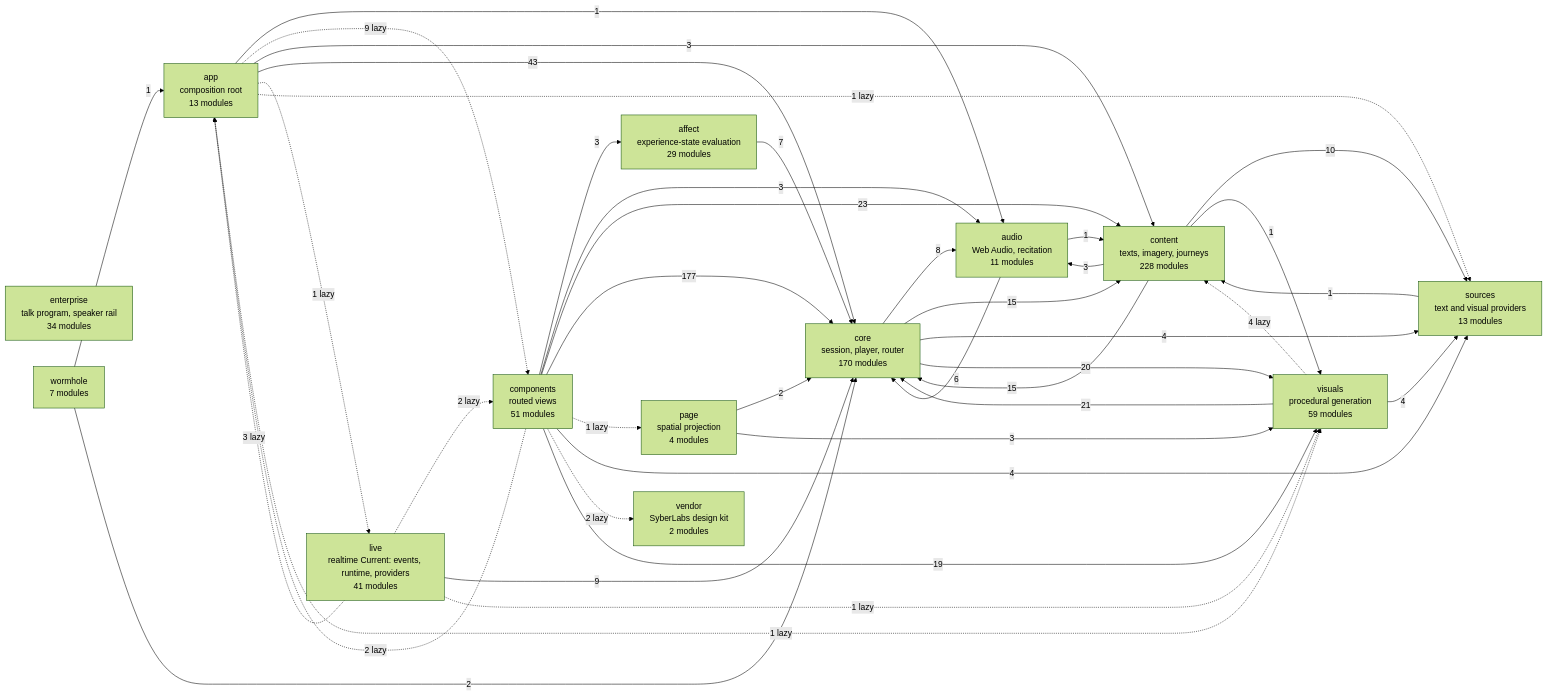
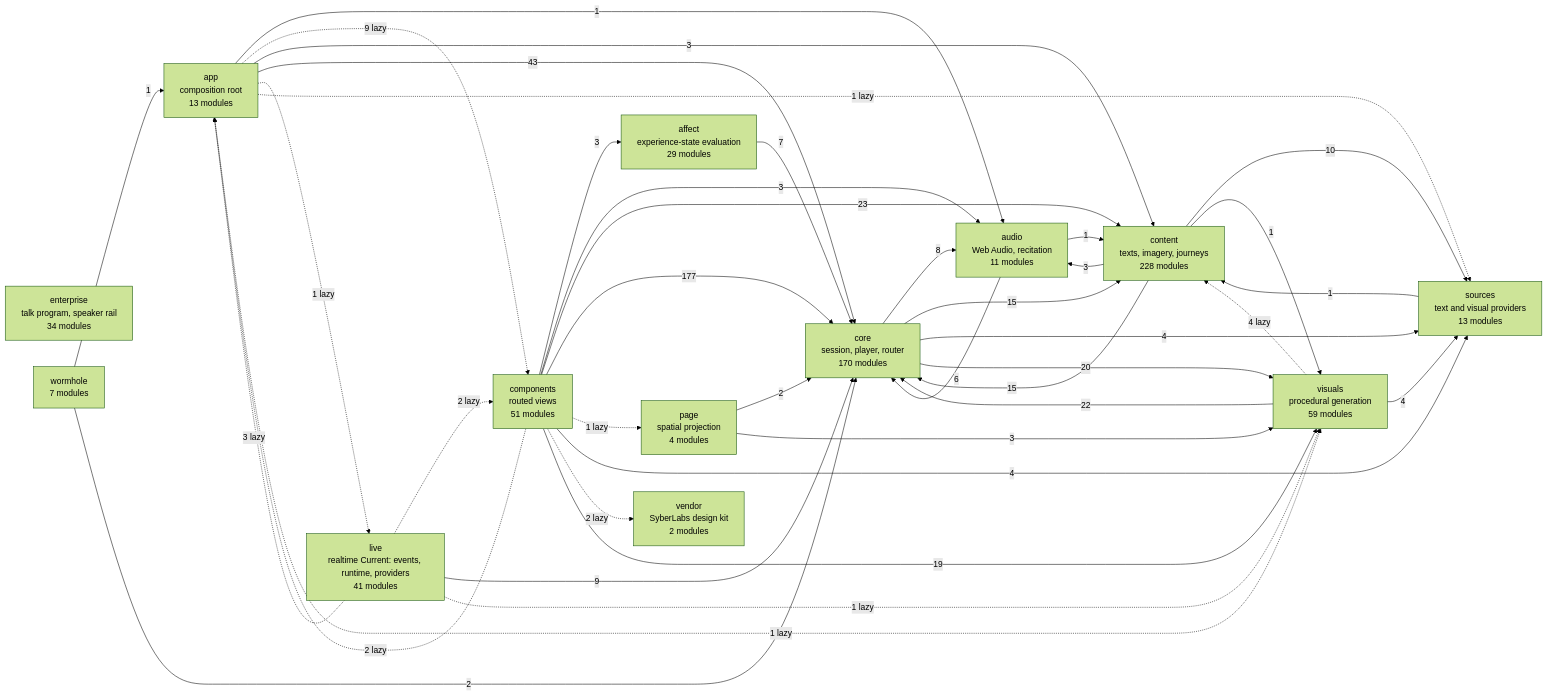
The diagram in docs/specs/ARCHITECTURE.md (SyberLabs/RISE), drawn with Mermaid (forest theme) before and after one commit.

Commit message:
Regenerate the architecture diagram for the cortex's theme import

````diff
--- a/docs/specs/ARCHITECTURE.md
+++ b/docs/specs/ARCHITECTURE.md
@@ -154,56 +154,56 @@
 ```mermaid
 flowchart LR
     affect["affect<br/>experience-state evaluation<br/>29 modules"]
     app["app<br/>composition root<br/>13 modules"]
     audio["audio<br/>Web Audio, recitation<br/>11 modules"]
     components["components<br/>routed views<br/>51 modules"]
     content["content<br/>texts, imagery, journeys<br/>228 modules"]
     core["core<br/>session, player, router<br/>170 modules"]
     enterprise["enterprise<br/>talk program, speaker rail<br/>34 modules"]
     live["live<br/>realtime Current: events, runtime, providers<br/>41 modules"]
     page["page<br/>spatial projection<br/>4 modules"]
     sources["sources<br/>text and visual providers<br/>13 modules"]
     vendor["vendor<br/>SyberLabs design kit<br/>2 modules"]
     visuals["visuals<br/>procedural generation<br/>59 modules"]
     wormhole["wormhole<br/>7 modules"]
 
     affect --> |7| core
     app --> |1| audio
     app -.-> |9 lazy| components
     app --> |3| content
     app --> |43| core
     app -.-> |1 lazy| live
     app -.-> |1 lazy| sources
     app -.-> |1 lazy| visuals
     audio --> |1| content
     audio --> |6| core
     components --> |3| affect
     components -.-> |2 lazy| app
     components --> |3| audio
     components --> |23| content
     components --> |177| core
     components -.-> |1 lazy| page
     components --> |4| sources
     components -.-> |2 lazy| vendor
     components --> |19| visuals
     content --> |3| audio
     content --> |15| core
     content --> |10| sources
     content --> |1| visuals
     core --> |8| audio
     core --> |15| content
     core --> |4| sources
     core --> |20| visuals
     live -.-> |3 lazy| app
     live -.-> |2 lazy| components
     live --> |9| core
     live -.-> |1 lazy| visuals
     page --> |2| core
     page --> |3| visuals
     sources --> |1| content
     visuals -.-> |4 lazy| content
-    visuals --> |21| core
+    visuals --> |22| core
     visuals --> |4| sources
     wormhole --> |1| app
     wormhole --> |2| core
 ```
````
